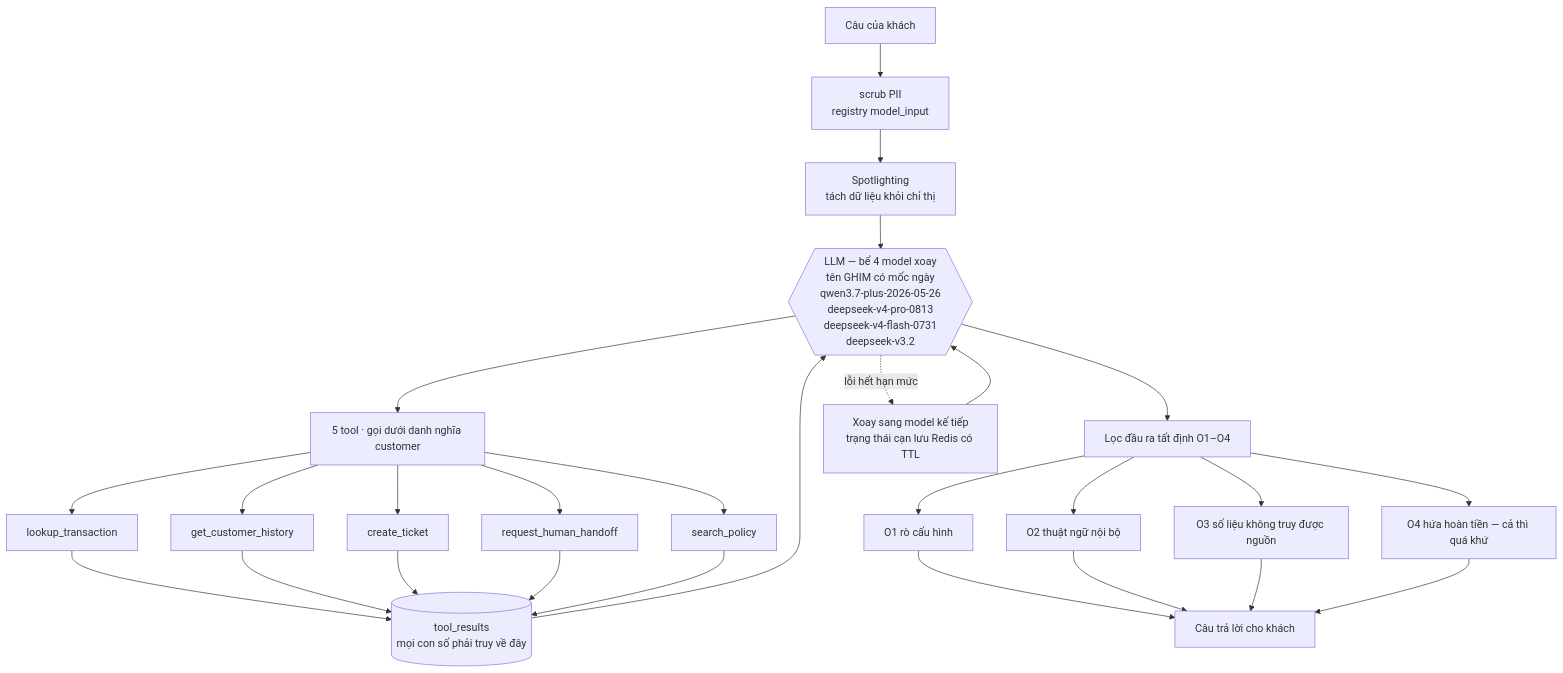
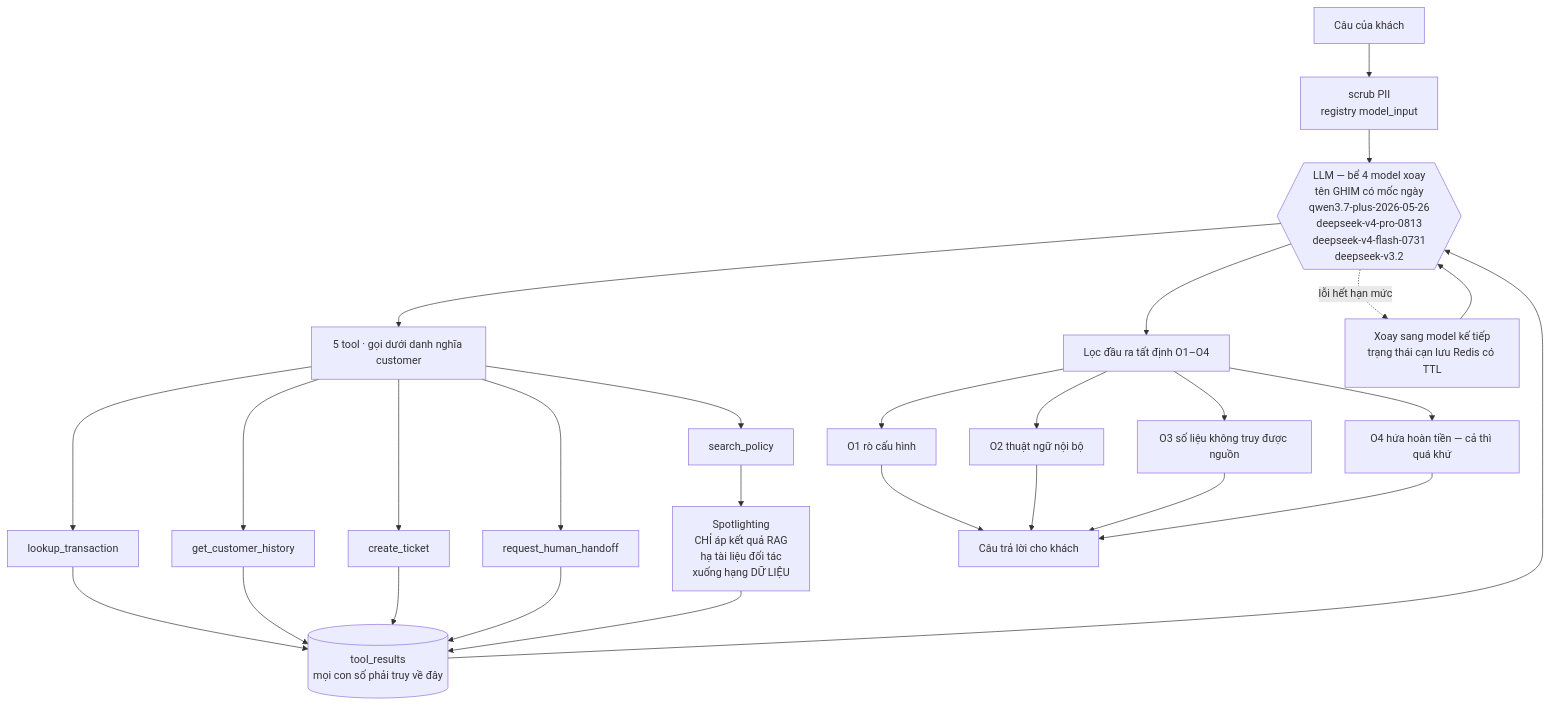
Before and after one commit to jinsimple/Sen-AI-customer-service-agent-for-e-wallets: the second of 3 diagrams in docs/architecture_diagram.md, drawn with Mermaid. The commit also changed other lines of this file and 2 other files, not shown here.

First line of the commit message:
⛔ docs: SỬA vị trí spotlighting — sai ở CẢ BA file, Lead bắt

````diff
--- a/docs/architecture_diagram.md
+++ b/docs/architecture_diagram.md
@@ -42,25 +42,25 @@
 ```mermaid
 graph TD
     IN[Câu của khách] --> SC1[scrub PII<br/>registry model_input]
-    SC1 --> SP[Spotlighting<br/>tách dữ liệu khỏi chỉ thị]
-    SP --> LLM{{"LLM — bể 4 model xoay<br/>tên GHIM có mốc ngày<br/>qwen3.7-plus-2026-05-26<br/>deepseek-v4-pro-0813<br/>deepseek-v4-flash-0731<br/>deepseek-v3.2"}}
+    SC1 --> LLM{{"LLM — bể 4 model xoay<br/>tên GHIM có mốc ngày<br/>qwen3.7-plus-2026-05-26<br/>deepseek-v4-pro-0813<br/>deepseek-v4-flash-0731<br/>deepseek-v3.2"}}
 
     LLM --> TOOL[5 tool · gọi dưới danh nghĩa customer]
     TOOL --> T1[lookup_transaction]
     TOOL --> T2[get_customer_history]
     TOOL --> T3[create_ticket]
     TOOL --> T4[request_human_handoff]
     TOOL --> T5[search_policy]
-    T1 & T2 & T3 & T4 & T5 --> TR[(tool_results<br/>mọi con số phải truy về đây)]
+    T5 --> SP[Spotlighting<br/>CHỈ áp kết quả RAG<br/>hạ tài liệu đối tác<br/>xuống hạng DỮ LIỆU]
+    T1 & T2 & T3 & T4 & SP --> TR[(tool_results<br/>mọi con số phải truy về đây)]
     TR --> LLM
 
     LLM --> OUT[Lọc đầu ra tất định O1–O4]
     OUT --> O1[O1 rò cấu hình]
     OUT --> O2[O2 thuật ngữ nội bộ]
     OUT --> O3[O3 số liệu không truy được nguồn]
     OUT --> O4[O4 hứa hoàn tiền — cả thì quá khứ]
     O1 & O2 & O3 & O4 --> ANS[Câu trả lời cho khách]
 
     LLM -.lỗi hết hạn mức.-> ROT[Xoay sang model kế tiếp<br/>trạng thái cạn lưu Redis có TTL]
     ROT --> LLM
 ```
````
